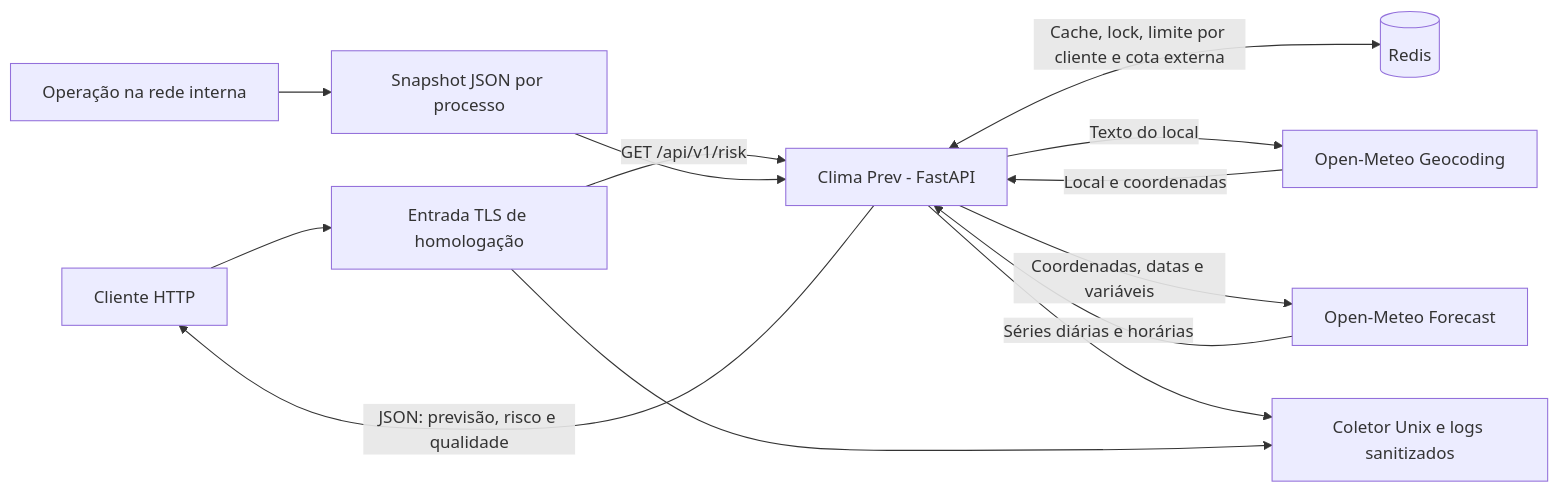
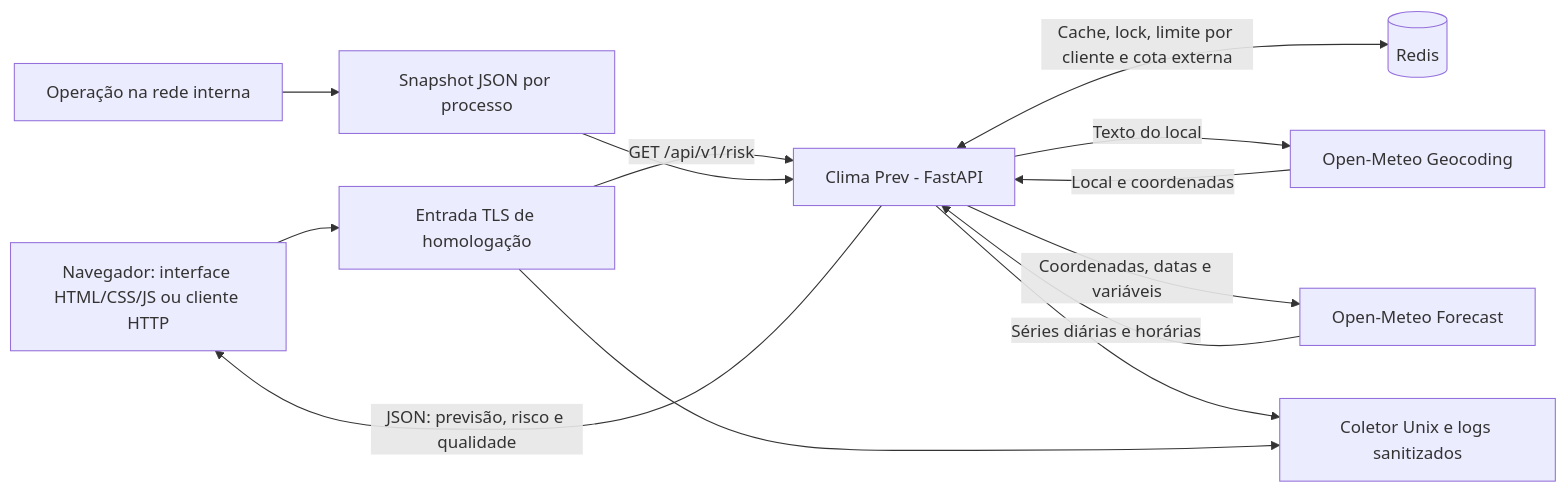
Before and after one commit to 0SunnyBoy/climaprev: the first of 2 diagrams in docs/arquitetura.md, drawn with Mermaid. The commit also changed other lines of this file and 8 other files, not shown here.

````diff
--- a/docs/arquitetura.md
+++ b/docs/arquitetura.md
@@ -8,15 +8,15 @@
 ```mermaid
 flowchart LR
-    Cliente["Cliente HTTP"] --> Entrada["Entrada TLS de homologação"]
+    Cliente["Navegador: interface HTML/CSS/JS ou cliente HTTP"] --> Entrada["Entrada TLS de homologação"]
     Entrada -->|"GET /api/v1/risk"| API["Clima Prev - FastAPI"]
     API -->|"JSON: previsão, risco e qualidade"| Cliente
     API <-->|"Cache, lock, limite por cliente e cota externa"| Redis[(Redis)]
     API -->|"Texto do local"| Geo["Open-Meteo Geocoding"]
     Geo -->|"Local e coordenadas"| API
     API -->|"Coordenadas, datas e variáveis"| Meteo["Open-Meteo Forecast"]
     Meteo -->|"Séries diárias e horárias"| API
     API --> Logs["Coletor Unix e logs sanitizados"]
     Entrada --> Logs
     Operador["Operação na rede interna"] --> Metricas["Snapshot JSON por processo"]
     Metricas --> API
 ```
````
